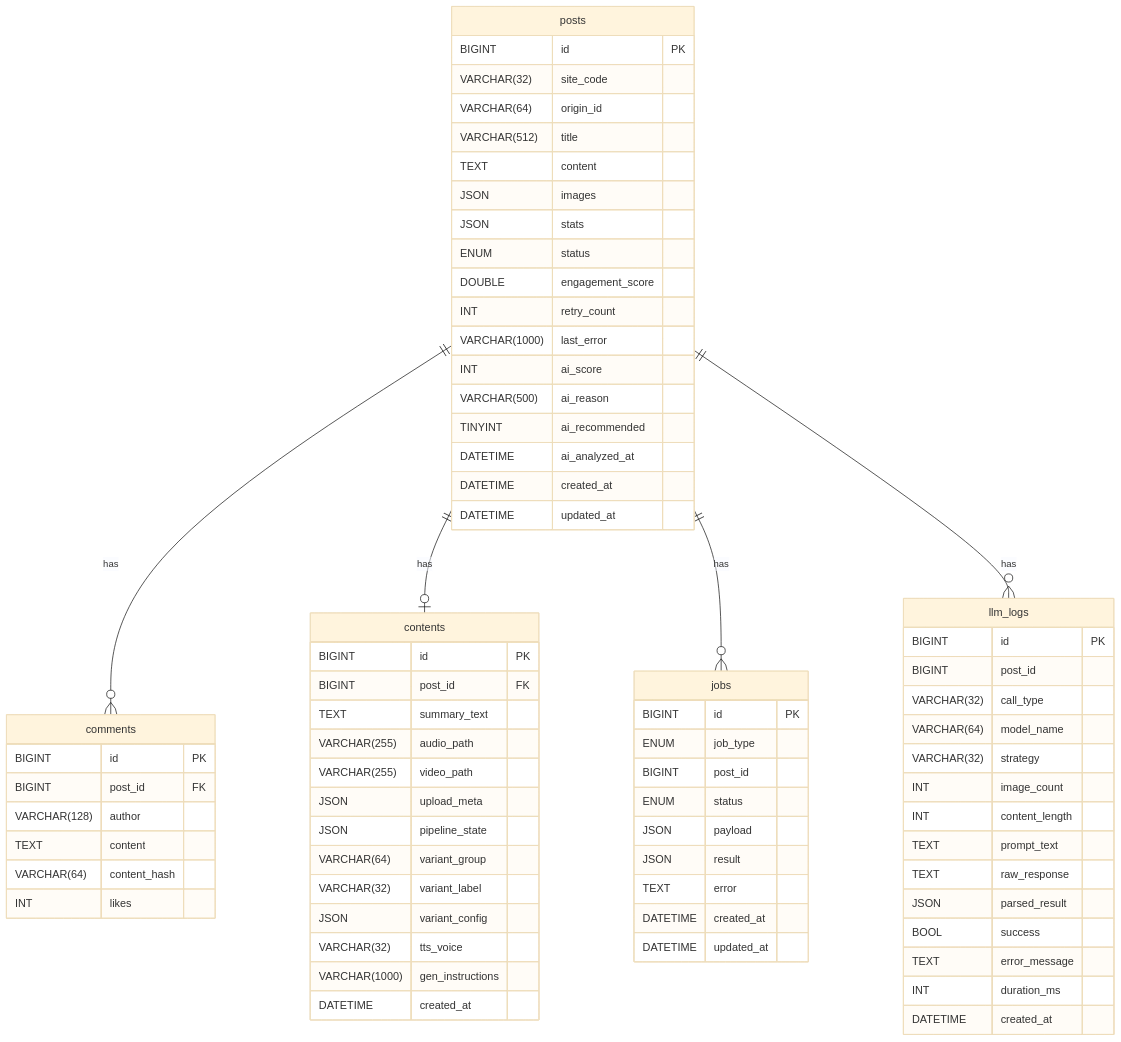
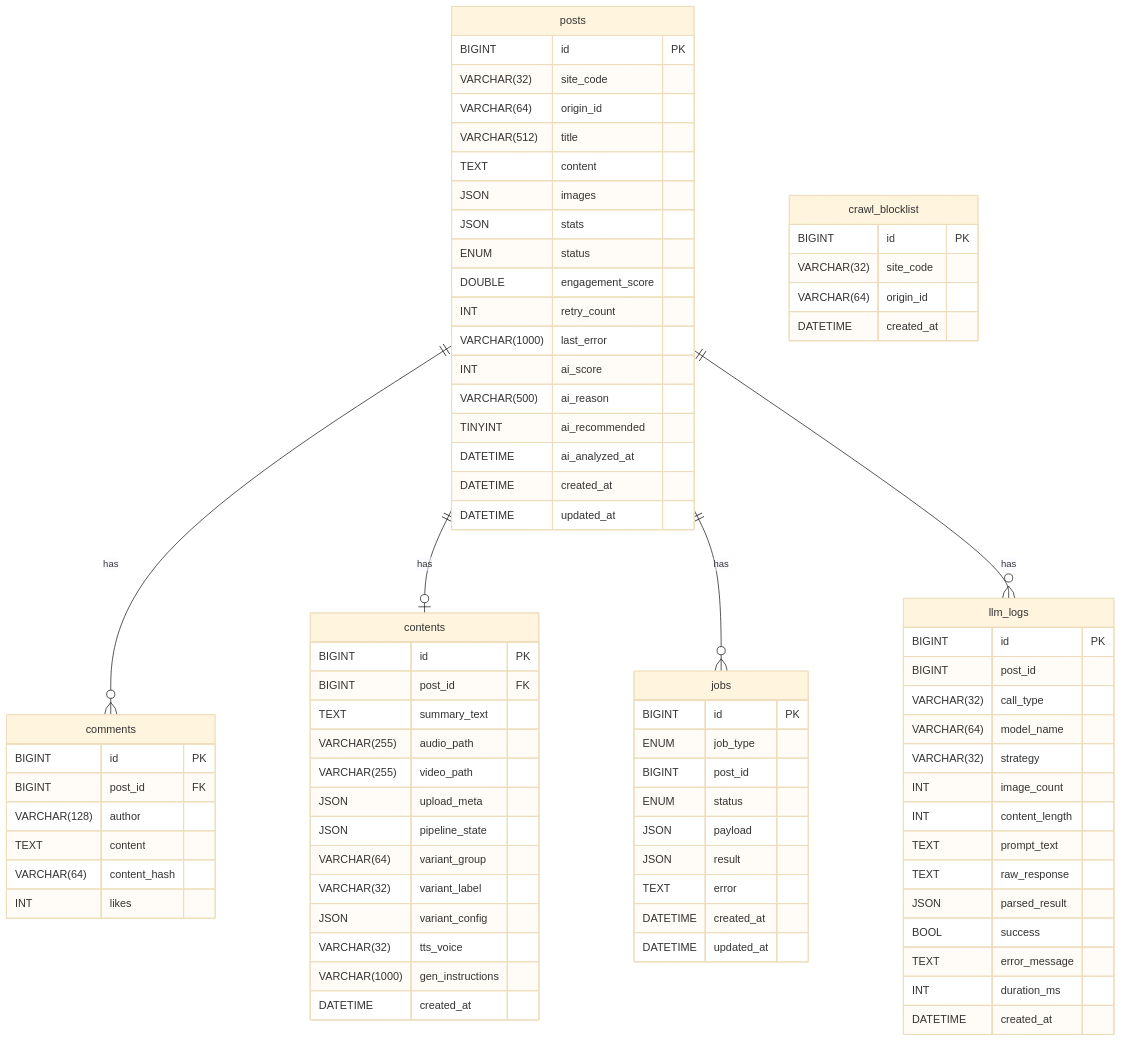
One commit to Justant-source/WaggleBot changed the diagram in docs/40-data/schema.md. Above: the diagram before and after it, drawn with Mermaid (base theme). The commit also changed other lines of this file and 15 other files, not shown here.

```diff
--- a/docs/40-data/schema.md
+++ b/docs/40-data/schema.md
@@ -71,6 +71,13 @@
         DATETIME updated_at
     }
 
+    crawl_blocklist {
+        BIGINT id PK
+        VARCHAR(32) site_code
+        VARCHAR(64) origin_id
+        DATETIME created_at
+    }
+
     llm_logs {
         BIGINT id PK
         BIGINT post_id
```
